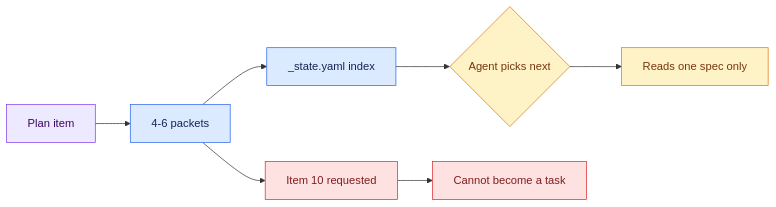
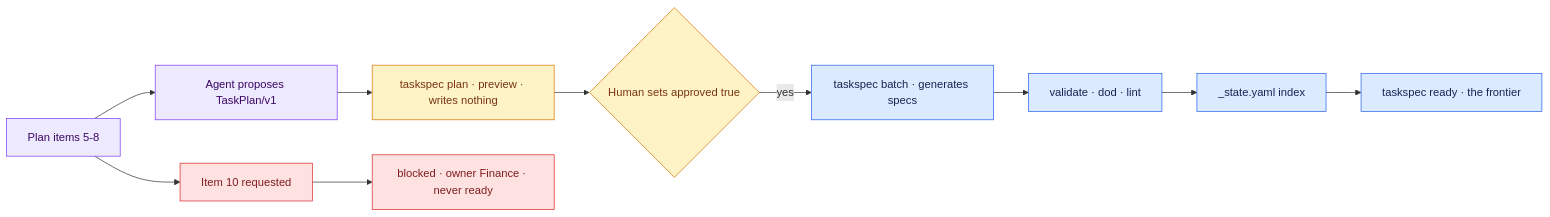
Before and after one commit to emersonnaka/uc-transact-co: the diagram in live/d3/04-decompose.md, drawn with Mermaid. The commit also changed other lines of this file and 3 other files, not shown here.

First line of the commit message:
feat(d3): checkpoints 04 and 05 use the real Task-Spec CLI

````diff
--- a/live/d3/04-decompose.md
+++ b/live/d3/04-decompose.md
@@ -17,18 +27,21 @@
 ```mermaid
 flowchart LR
-    A[Plan item] --> B[4-6 packets]
-    B --> C[_state.yaml index]
-    C --> D{Agent picks next}
-    D --> E[Reads one spec only]
-    B --> F[Item 10 requested]
-    F --> G[Cannot become a task]
+    A[Plan items 5-8] --> B[Agent proposes TaskPlan/v1]
+    B --> C[taskspec plan · preview · writes nothing]
+    C --> D{Human sets approved true}
+    D -->|yes| E[taskspec batch · generates specs]
+    E --> F[validate · dod · lint]
+    F --> G[_state.yaml index]
+    G --> H[taskspec ready · the frontier]
+    A --> I[Item 10 requested]
+    I --> J[blocked · owner Finance · never ready]
 
     classDef plan fill:#EDE9FE,stroke:#7C3AED,color:#3B0764
     classDef spec fill:#DBEAFE,stroke:#2563EB,color:#172554
     classDef gate fill:#FEF3C7,stroke:#D97706,color:#78350F
     classDef stop fill:#FEE2E2,stroke:#DC2626,color:#7F1D1D
-    class A plan
-    class B,C spec
-    class D,E gate
-    class F,G stop
+    class A,B plan
+    class E,F,G,H spec
+    class C,D gate
+    class I,J stop
 ```
````
